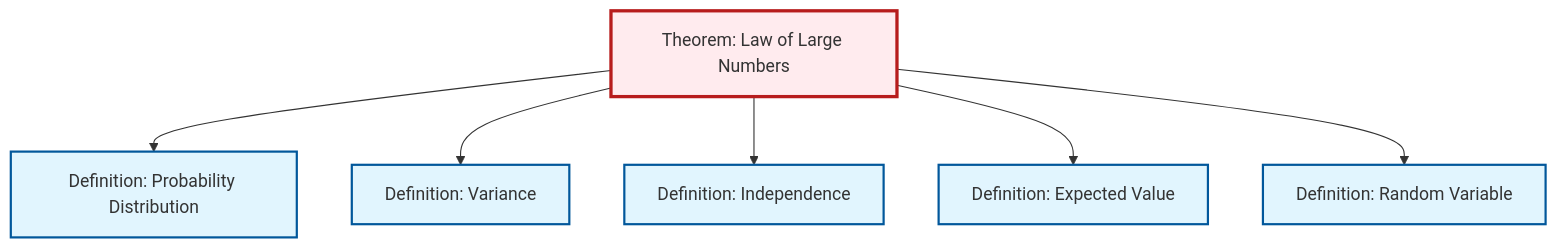
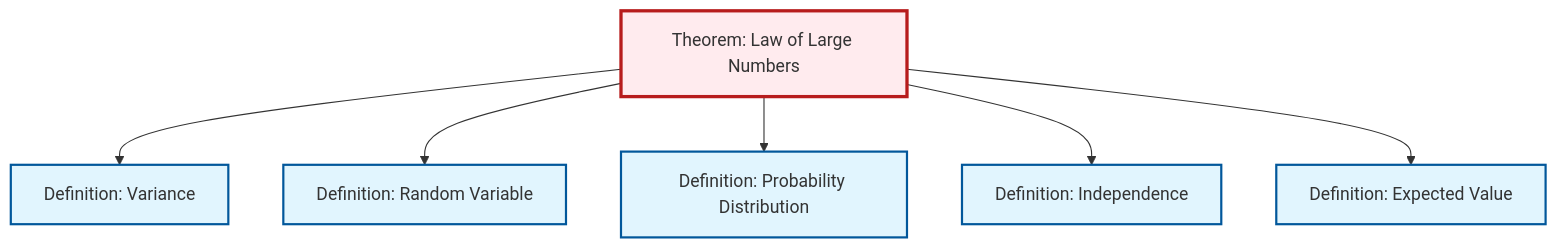
Before and after one commit to RK0429/ModernMath: the second of 2 diagrams in content/en/probability-statistics/thm-law-of-large-numbers.qmd, drawn with Mermaid. The commit also changed other lines of this file and 328 other files, not shown here.

````diff
--- a/content/en/probability-statistics/thm-law-of-large-numbers.qmd
+++ b/content/en/probability-statistics/thm-law-of-large-numbers.qmd
@@ -89,26 +89,26 @@
 ```{mermaid}
 %%| fig-cap: "Local dependency graph"
 graph TD
     classDef definition fill:#e1f5fe,stroke:#01579b,stroke-width:2px
     classDef theorem fill:#f3e5f5,stroke:#4a148c,stroke-width:2px
     classDef axiom fill:#fff3e0,stroke:#e65100,stroke-width:2px
     classDef example fill:#e8f5e9,stroke:#1b5e20,stroke-width:2px
     classDef current fill:#ffebee,stroke:#b71c1c,stroke-width:3px
+    def-random-variable["Definition: Random Variable"]:::definition
     def-independence["Definition: Independence"]:::definition
-    def-expectation["Definition: Expected Value"]:::definition
-    def-probability-distribution["Definition: Probability Distribution"]:::definition
     def-variance["Definition: Variance"]:::definition
     thm-law-of-large-numbers["Theorem: Law of Large Numbers"]:::theorem
-    def-random-variable["Definition: Random Variable"]:::definition
+    def-probability-distribution["Definition: Probability Distribution"]:::definition
+    def-expectation["Definition: Expected Value"]:::definition
+    thm-law-of-large-numbers --> def-variance
+    thm-law-of-large-numbers --> def-random-variable
     thm-law-of-large-numbers --> def-probability-distribution
-    thm-law-of-large-numbers --> def-variance
     thm-law-of-large-numbers --> def-independence
     thm-law-of-large-numbers --> def-expectation
-    thm-law-of-large-numbers --> def-random-variable
     class thm-law-of-large-numbers current
+    click def-random-variable "def-random-variable.html" "Go to Random Variable definition"
     click def-independence "def-independence.html" "Go to Independence definition"
+    click def-variance "def-variance.html" "Go to Variance definition"
+    click def-probability-distribution "def-probability-distribution.html" "Go to Probability Distribution definition"
     click def-expectation "def-expectation.html" "Go to Expected Value definition"
-    click def-probability-distribution "def-probability-distribution.html" "Go to Probability Distribution definition"
-    click def-variance "def-variance.html" "Go to Variance definition"
-    click def-random-variable "def-random-variable.html" "Go to Random Variable definition"
 ```
````
